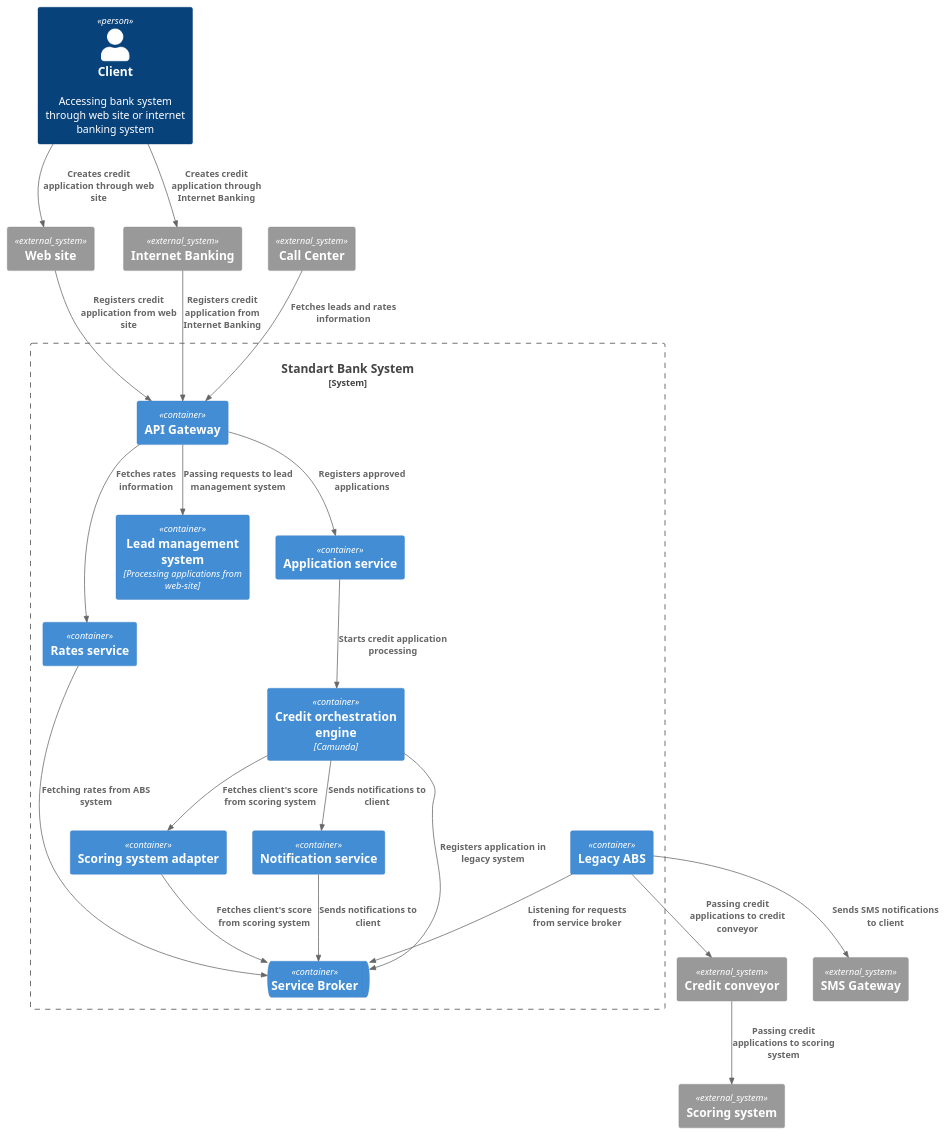
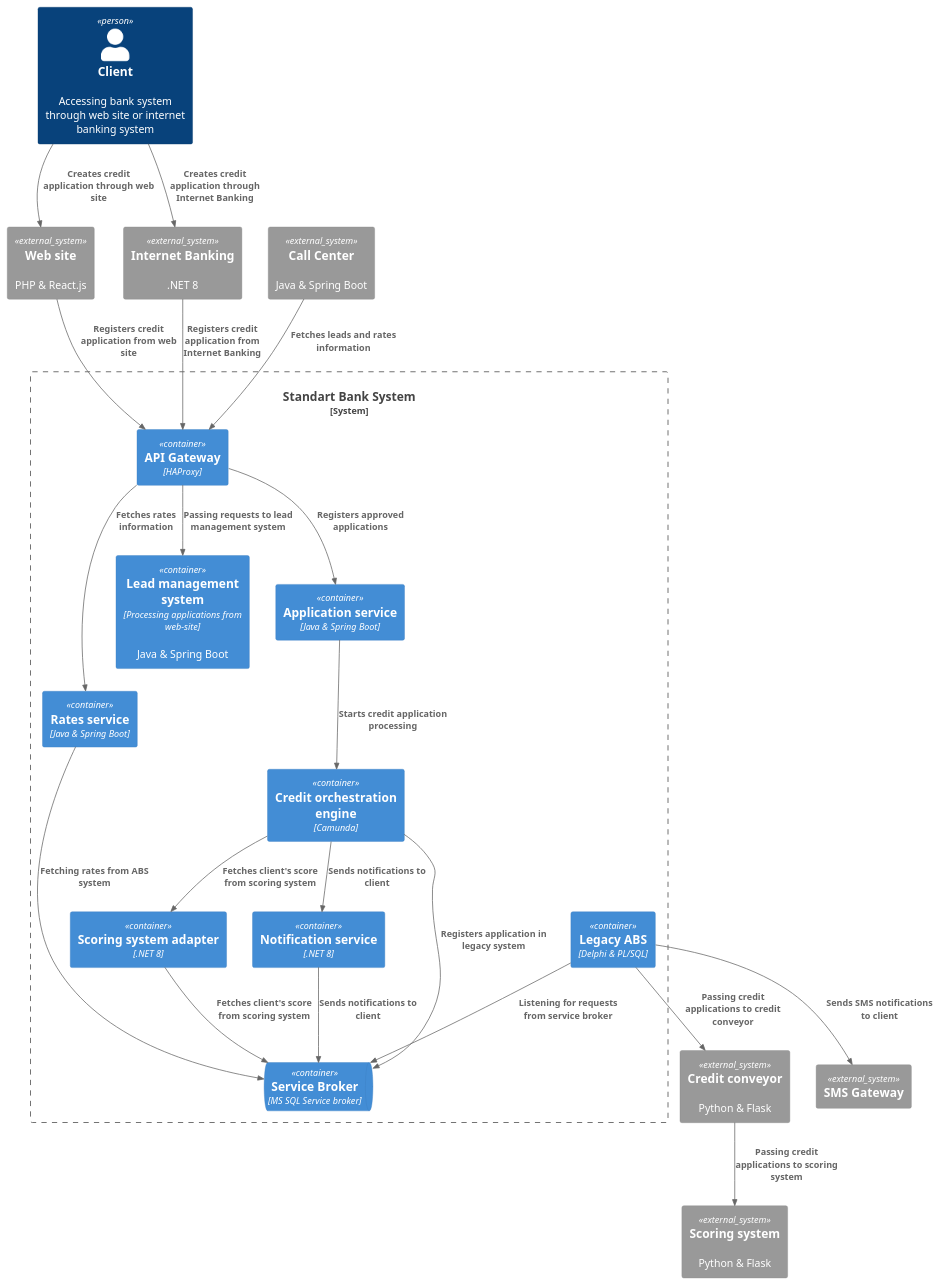
The diagram in task5/c4_container.puml (iceglen/architecture-pro-standart), drawn with PlantUML before and after one commit. The commit also changed 4 other files, not shown here.

```diff
--- a/task5/c4_container.puml
+++ b/task5/c4_container.puml
@@ -1,53 +1,53 @@
 @startuml Standart Bank System Container Diagram
 !include <C4/C4_Container>
 
 Person(user, "Client", "Accessing bank system through web site or internet banking system")
 
 System_Boundary(bank_system, "Standart Bank System") {
-    Container(api_gateway, "API Gateway")
-    ContainerQueue(service_broker, "Service Broker")
-    Container(legacy_abs, "Legacy ABS")
-    Container(rates_service, "Rates service")
+    Container(api_gateway, "API Gateway", "HAProxy")
+    ContainerQueue(service_broker, "Service Broker", "MS SQL Service broker")
+    Container(legacy_abs, "Legacy ABS", "Delphi & PL/SQL")
+    Container(rates_service, "Rates service", "Java & Spring Boot")
     Container(credit_engine, "Credit orchestration engine", "Camunda")
-    Container(lead_management, "Lead management system", "Processing applications from web-site")
-    Container(application_service, "Application service")
-    Container(scoring_adapter, "Scoring system adapter")
-    Container(notification_service, "Notification service")
+    Container(lead_management, "Lead management system", "Processing applications from web-site", "Java & Spring Boot")
+    Container(application_service, "Application service", "Java & Spring Boot")
+    Container(scoring_adapter, "Scoring system adapter", ".NET 8")
+    Container(notification_service, "Notification service", ".NET 8")
 }
 
-System_Ext(call_center, "Call Center")
-System_Ext(credit_conveyor, "Credit conveyor")
-System_Ext(scoring_system, "Scoring system")
+System_Ext(call_center, "Call Center", "Java & Spring Boot")
+System_Ext(credit_conveyor, "Credit conveyor", "Python & Flask")
+System_Ext(scoring_system, "Scoring system", "Python & Flask")
 System_Ext(sms_gateway, "SMS Gateway")
 
-System_Ext(web, "Web site")
-System_Ext(inet_bank, "Internet Banking")
+System_Ext(web, "Web site", "PHP & React.js")
+System_Ext(inet_bank, "Internet Banking", ".NET 8")
 
 Rel(user, web, "Creates credit application through web site")
 Rel(user, inet_bank, "Creates credit application through Internet Banking")
 
 Rel(web, api_gateway, "Registers credit application from web site")
 Rel(inet_bank, api_gateway, "Registers credit application from Internet Banking")
 
 Rel(api_gateway, lead_management, "Passing requests to lead management system")
 Rel(api_gateway, application_service, "Registers approved applications")
 Rel(api_gateway, rates_service, "Fetches rates information")
 
 Rel(application_service, credit_engine, "Starts credit application processing")
 Rel(credit_engine, service_broker, "Registers application in legacy system")
 Rel(credit_engine, scoring_adapter, "Fetches client's score from scoring system")
 Rel(credit_engine, notification_service, "Sends notifications to client")
 
 Rel(call_center, api_gateway, "Fetches leads and rates information")
 
 Rel(scoring_adapter, service_broker, "Fetches client's score from scoring system")
 Rel(legacy_abs, credit_conveyor, "Passing credit applications to credit conveyor")
 Rel(credit_conveyor, scoring_system, "Passing credit applications to scoring system")
 
 Rel(rates_service, service_broker, "Fetching rates from ABS system")
 Rel(legacy_abs, service_broker, "Listening for requests from service broker")
 
 Rel(notification_service, service_broker, "Sends notifications to client")
 Rel(legacy_abs, sms_gateway, "Sends SMS notifications to client")
 
 @enduml
```
